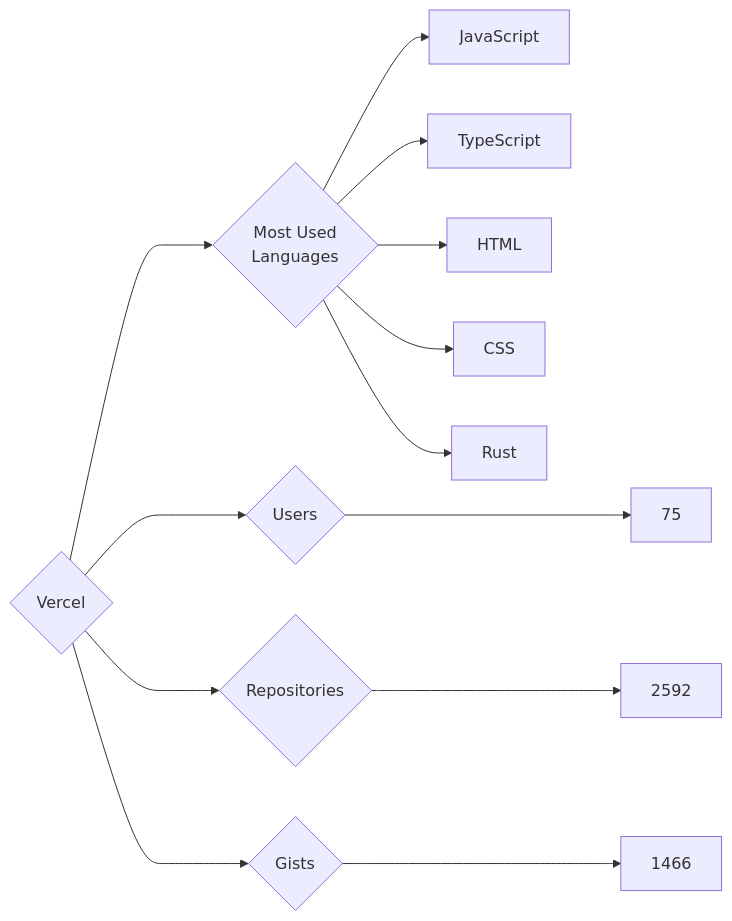
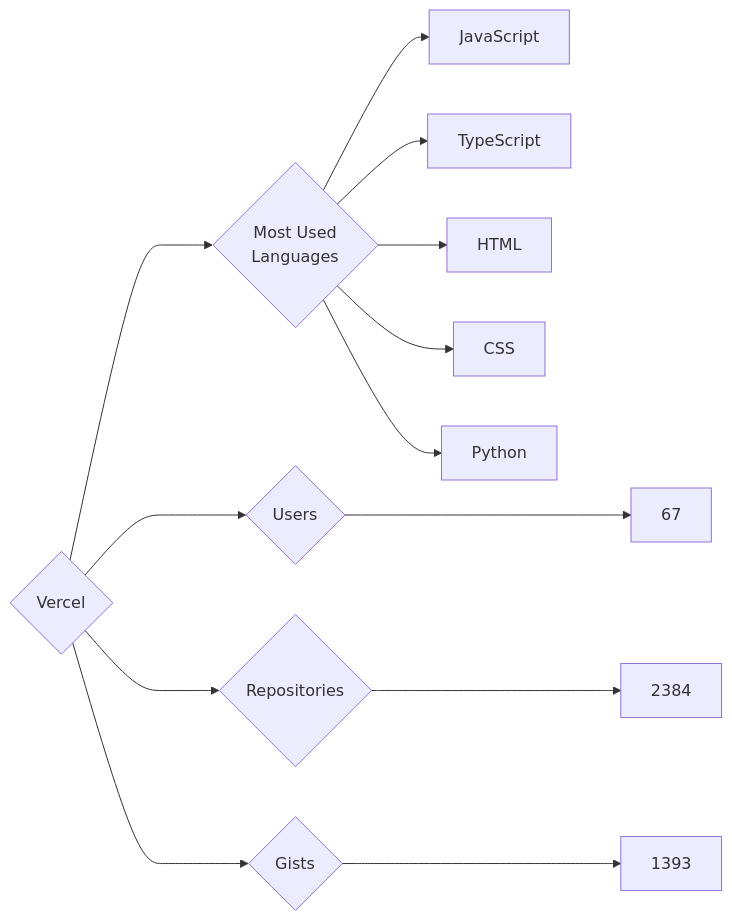
One commit to trickest/insiders changed the diagram in targets/Vercel/README.md. Above: the diagram before and after it, drawn with Mermaid. The commit also changed 928 other files, not shown here.

````diff
--- a/targets/Vercel/README.md
+++ b/targets/Vercel/README.md
@@ -3,13 +3,13 @@
 ```mermaid
 graph LR
 COMPANY_NAME{Vercel}
-COMPANY_NAME ---> U{Users} ---> UN[75]
-COMPANY_NAME ---> R{Repositories} ---> RN[2592]
-COMPANY_NAME ---> G{Gists} ---> GN[1466]
+COMPANY_NAME ---> U{Users} ---> UN[67]
+COMPANY_NAME ---> R{Repositories} ---> RN[2384]
+COMPANY_NAME ---> G{Gists} ---> GN[1393]
 COMPANY_NAME ---> ML{Most Used<br>Languages}
 ML --> JavaScript[JavaScript]
 ML --> TypeScript[TypeScript]
 ML --> HTML[HTML]
 ML --> CSS[CSS]
-ML --> Rust[Rust]
+ML --> Python[Python]
 ```
````
